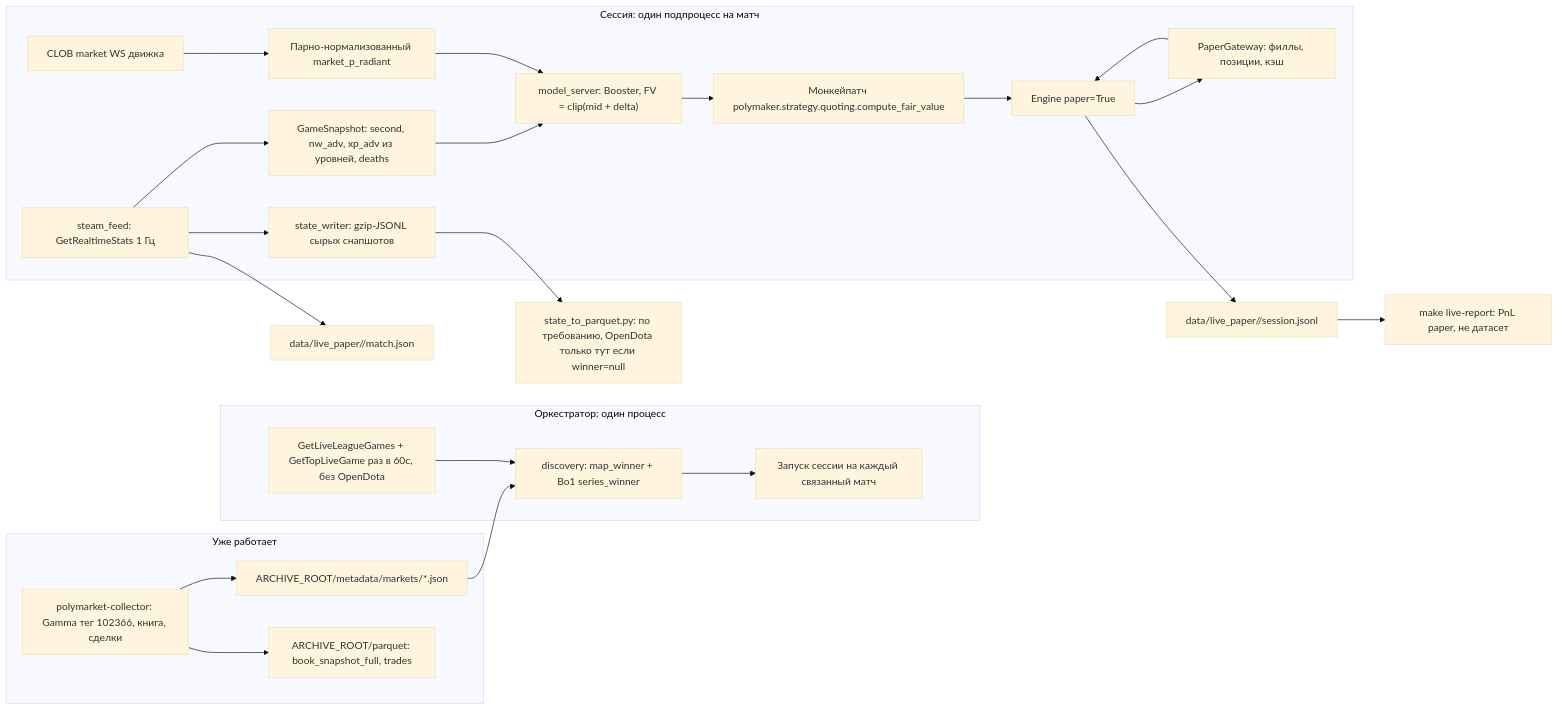
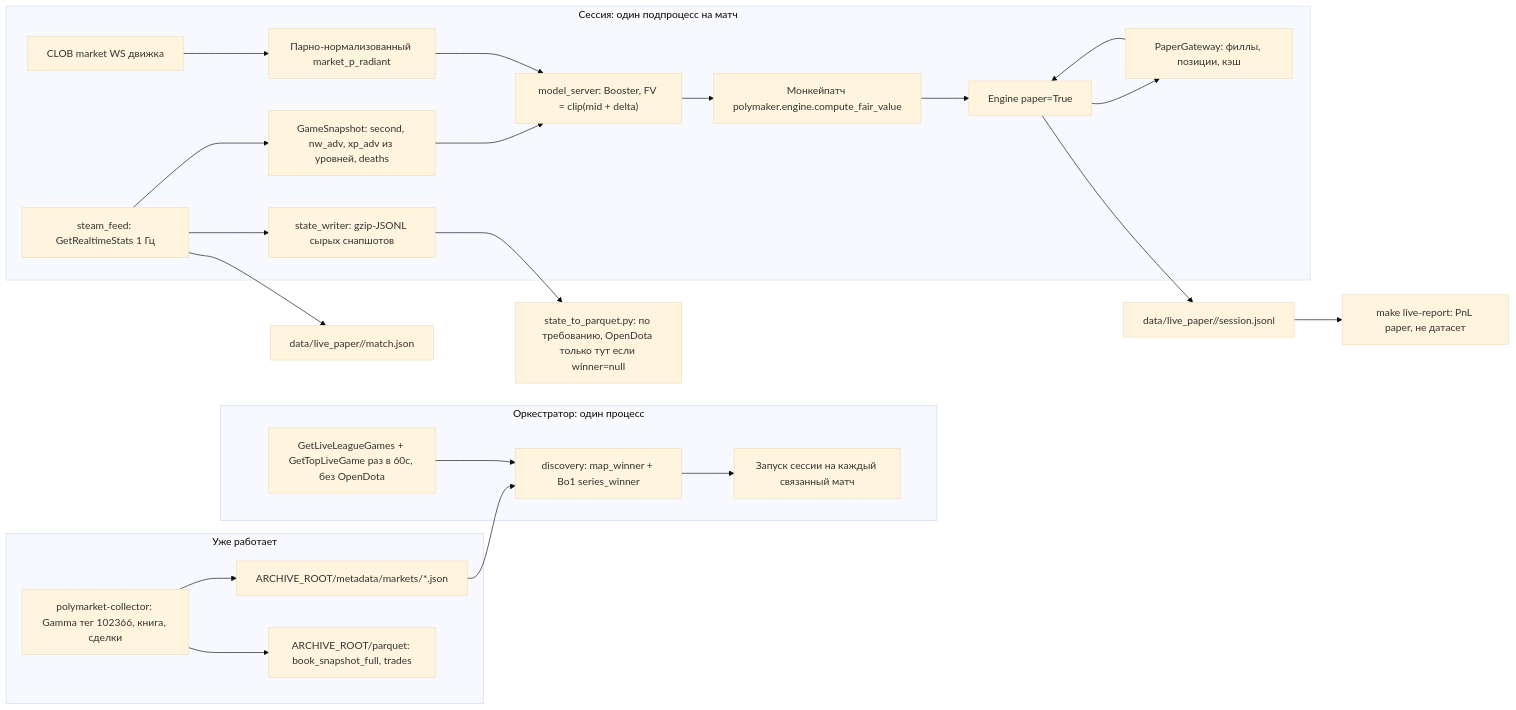
Before and after one commit to Dimabytes/betting_workspace: the diagram in .cursor/plans/dota_live_paper_trading_97c73d9d.plan.md, drawn with Mermaid (base theme). The commit also changed other lines of this file and 1 other file, not shown here.

````diff
--- a/.cursor/plans/dota_live_paper_trading_97c73d9d.plan.md
+++ b/.cursor/plans/dota_live_paper_trading_97c73d9d.plan.md
@@ -108,27 +111,27 @@
 ```mermaid
 flowchart LR
   subgraph vps [Уже работает]
     coll["polymarket-collector: Gamma тег 102366, книга, сделки"] --> meta["ARCHIVE_ROOT/metadata/markets/*.json"]
     coll --> pq["ARCHIVE_ROOT/parquet: book_snapshot_full, trades"]
   end
   subgraph orch [Оркестратор: один процесс]
     meta --> disc["discovery: map_winner + Bo1 series_winner"]
     steam["GetLiveLeagueGames + GetTopLiveGame раз в 60с, без OpenDota"] --> disc
     disc --> spawn["Запуск сессии на каждый связанный матч"]
   end
   subgraph sess [Сессия: один подпроцесс на матч]
     feed["steam_feed: GetRealtimeStats 1 Гц"] --> raw["state_writer: gzip-JSONL сырых снапшотов"]
     feed --> snap["GameSnapshot: second, nw_adv, xp_adv из уровней, deaths"]
     snap --> model["model_server: Booster, FV = clip(mid + delta)"]
     book["CLOB market WS движка"] --> mid["Парно-нормализованный market_p_radiant"]
     mid --> model
-    model --> patch["Монкейпатч polymaker.strategy.quoting.compute_fair_value"]
+    model --> patch["Монкейпатч polymaker.engine.compute_fair_value"]
     patch --> eng["Engine paper=True"]
     eng --> gw["PaperGateway: филлы, позиции, кэш"]
     gw --> eng
   end
   raw --> conv["state_to_parquet.py: по требованию, OpenDota только тут если winner=null"]
   eng --> jsonl["data/live_paper/<match_id>/session.jsonl"]
   feed --> mj["data/live_paper/<match_id>/match.json"]
   jsonl --> report["make live-report: PnL paper, не датасет"]
 ```
````
